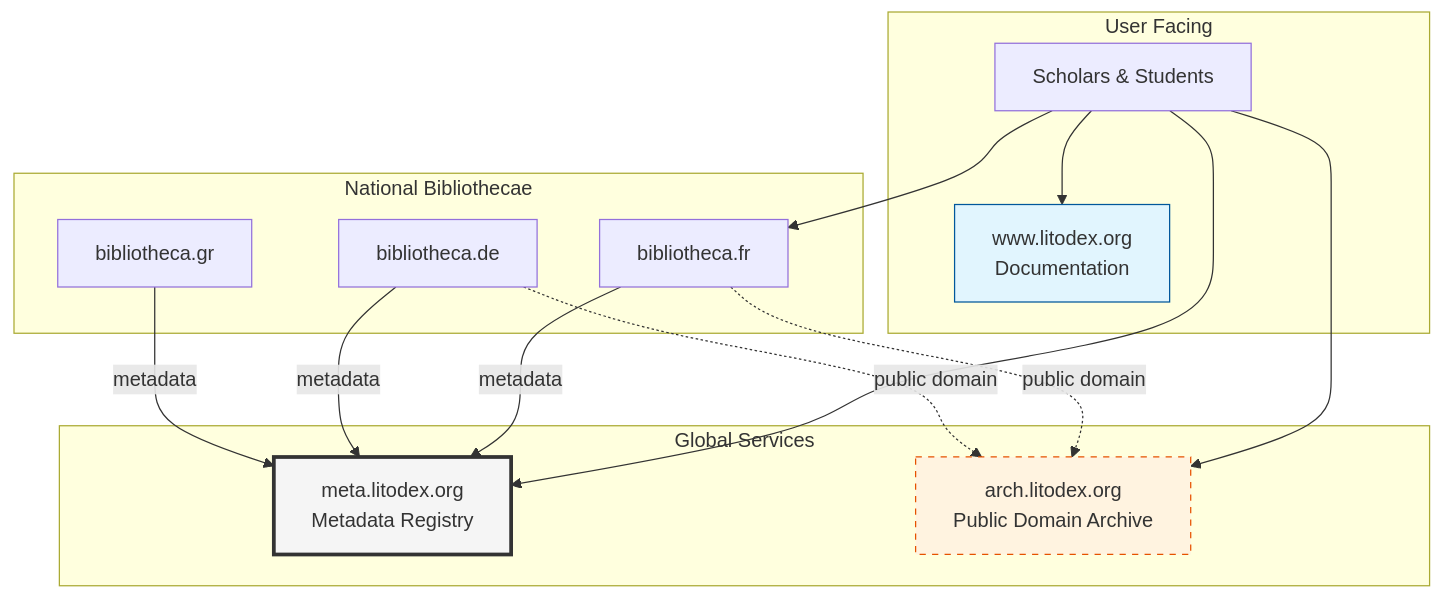
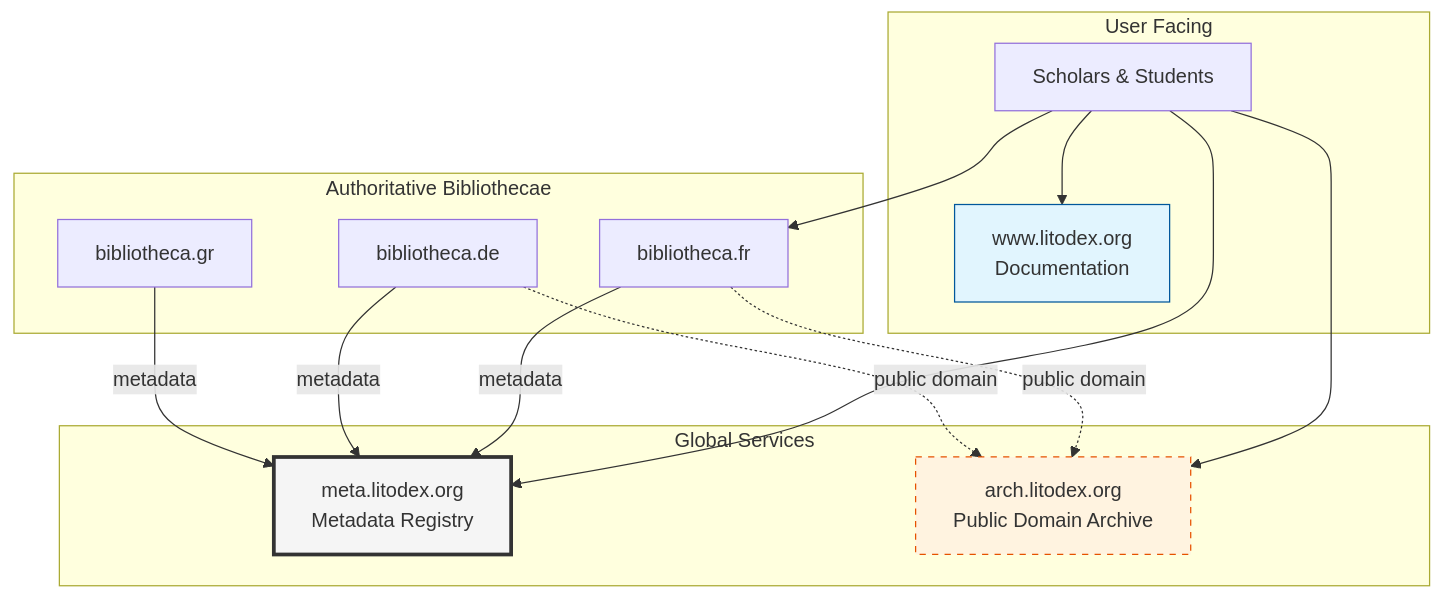
One commit to deyanovich/litodex changed the third of 4 diagrams in README.md. Above: the diagram before and after it, drawn with Mermaid. The commit also changed other lines of this file, not shown here.

````diff
--- a/README.md
+++ b/README.md
@@ -1274,34 +1253,34 @@
 ```mermaid
 graph TB
     subgraph "User Facing"
         WEB[www.litodex.org<br/>Documentation]
         USER[Scholars & Students]
     end
     
     subgraph "Global Services"
         META[meta.litodex.org<br/>Metadata Registry]
         ARCH[arch.litodex.org<br/>Public Domain Archive]
     end
     
-    subgraph "National Bibliothecae"
+    subgraph "Authoritative Bibliothecae"
         FR[bibliotheca.fr]
         DE[bibliotheca.de]
         GR[bibliotheca.gr]
     end
     
     USER --> WEB
     USER --> META
     USER --> ARCH
     USER --> FR
     
     FR -->|metadata| META
     DE -->|metadata| META
     GR -->|metadata| META
     
     FR -.->|public domain| ARCH
     DE -.->|public domain| ARCH
     
     style WEB fill:#e1f5fe,stroke:#01579b
     style META fill:#f5f5f5,stroke:#333,stroke-width:3px
     style ARCH fill:#fff3e0,stroke:#e65100,stroke-dasharray: 5 5
 ```
````
